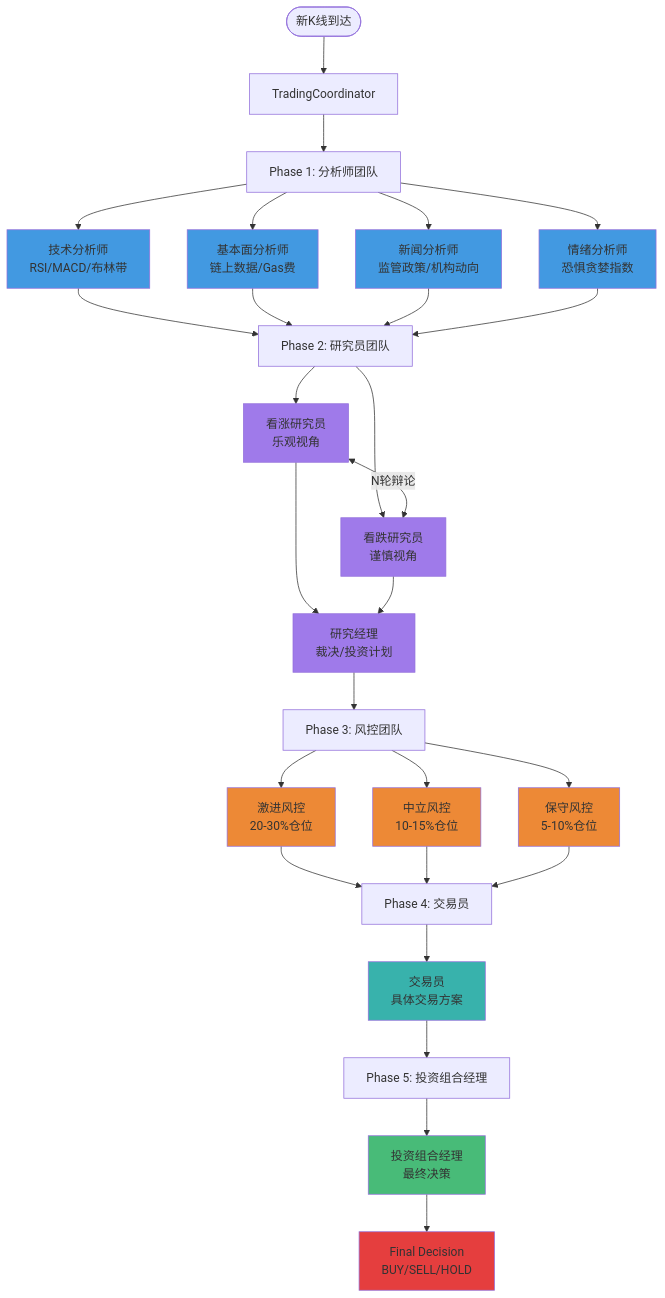
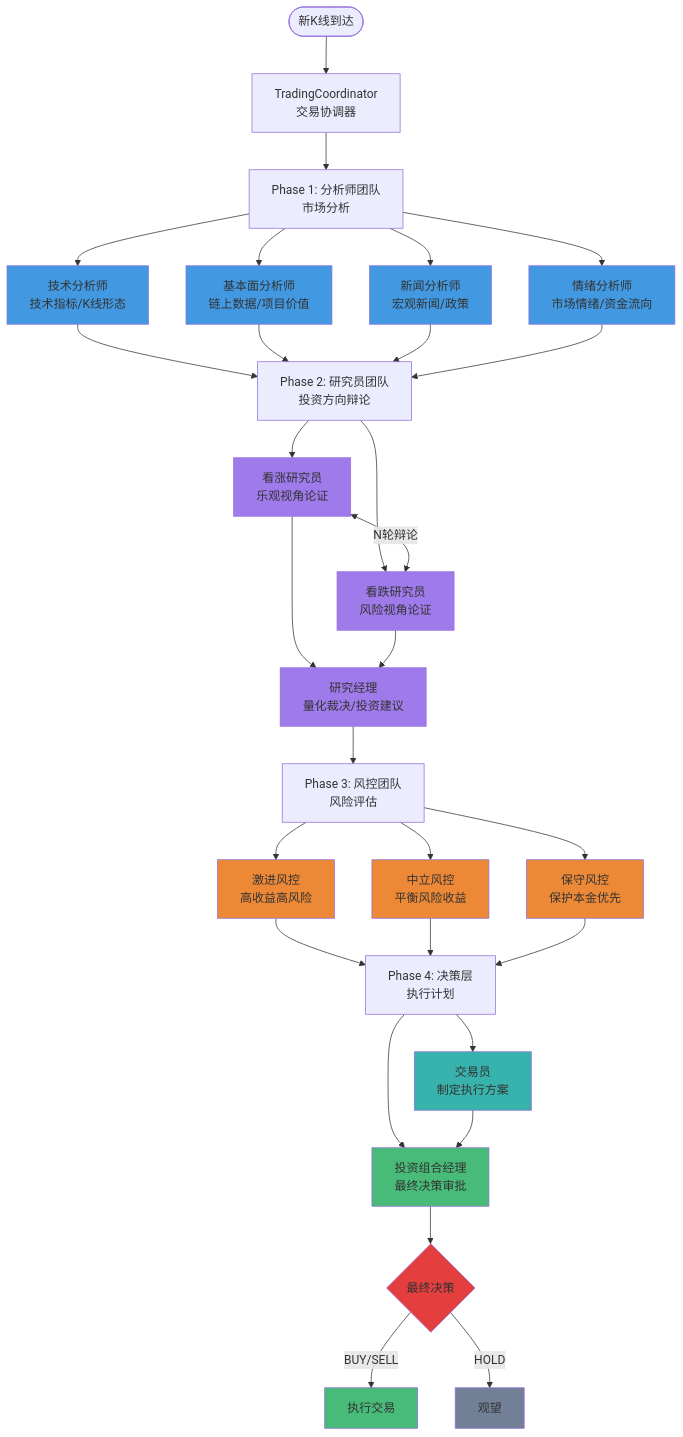
One commit to encyc/vibe-trading changed the diagram in README.md. Above: the diagram before and after it, drawn with Mermaid. The commit also changed other lines of this file and 20 other files, not shown here.

````diff
--- a/README.md
+++ b/README.md
@@ -17,52 +22,57 @@
 ```mermaid
 graph TB
-    Start([新K线到达]) --> Coordinator[TradingCoordinator]
+    Start([新K线到达]) --> Coordinator[TradingCoordinator<br/>交易协调器]
 
-    Coordinator --> P1[Phase 1: 分析师团队]
+    Coordinator --> P1[Phase 1: 分析师团队<br/>市场分析]
 
-    P1 --> TA[技术分析师<br/>RSI/MACD/布林带]
-    P1 --> FA[基本面分析师<br/>链上数据/Gas费]
-    P1 --> NA[新闻分析师<br/>监管政策/机构动向]
-    P1 --> SA[情绪分析师<br/>恐惧贪婪指数]
+    P1 --> TA[技术分析师<br/>技术指标/K线形态]
+    P1 --> FA[基本面分析师<br/>链上数据/项目价值]
+    P1 --> NA[新闻分析师<br/>宏观新闻/政策]
+    P1 --> SA[情绪分析师<br/>市场情绪/资金流向]
 
-    TA --> P2[Phase 2: 研究员团队]
+    TA --> P2[Phase 2: 研究员团队<br/>投资方向辩论]
     FA --> P2
     NA --> P2
     SA --> P2
 
-    P2 --> BR[看涨研究员<br/>乐观视角]
-    P2 --> BearR[看跌研究员<br/>谨慎视角]
+    P2 --> BR[看涨研究员<br/>乐观视角论证]
+    P2 --> BearR[看跌研究员<br/>风险视角论证]
     BR <-->|N轮辩论| BearR
-    BR --> RM[研究经理<br/>裁决/投资计划]
+    BR --> RM[研究经理<br/>量化裁决/投资建议]
     BearR --> RM
 
-    RM --> P3[Phase 3: 风控团队]
+    RM --> P3[Phase 3: 风控团队<br/>风险评估]
 
-    P3 --> AR[激进风控<br/>20-30%仓位]
-    P3 --> NR[中立风控<br/>10-15%仓位]
-    P3 --> CR[保守风控<br/>5-10%仓位]
+    P3 --> AR[激进风控<br/>高收益高风险]
+    P3 --> NR[中立风控<br/>平衡风险收益]
+    P3 --> CR[保守风控<br/>保护本金优先]
 
-    AR --> P4[Phase 4: 交易员]
+    AR --> P4[Phase 4: 决策层<br/>执行计划]
     NR --> P4
     CR --> P4
 
-    P4 --> Trader[交易员<br/>具体交易方案]
+    P4 --> Trader[交易员<br/>制定执行方案]
+    P4 --> PM[投资组合经理<br/>最终决策审批]
 
-    Trader --> P5[Phase 5: 投资组合经理]
-    P5 --> PM[投资组合经理<br/>最终决策]
-    PM --> Decision[Final Decision<br/>BUY/SELL/HOLD]
+    Trader --> PM
+    PM --> Decision{最终决策}
+
+    Decision -->|BUY/SELL| Execute[执行交易]
+    Decision -->|HOLD| Wait[观望]
 
     style TA fill:#4299e1
     style FA fill:#4299e1
     style NA fill:#4299e1
     style SA fill:#4299e1
     style BR fill:#9f7aea
     style BearR fill:#9f7aea
     style RM fill:#9f7aea
     style AR fill:#ed8936
     style NR fill:#ed8936
     style CR fill:#ed8936
     style Trader fill:#38b2ac
     style PM fill:#48bb78
     style Decision fill:#e53e3e
+    style Execute fill:#48bb78
+    style Wait fill:#718096
 ```
````
